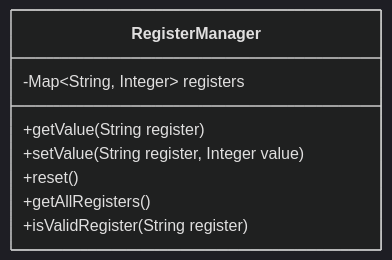
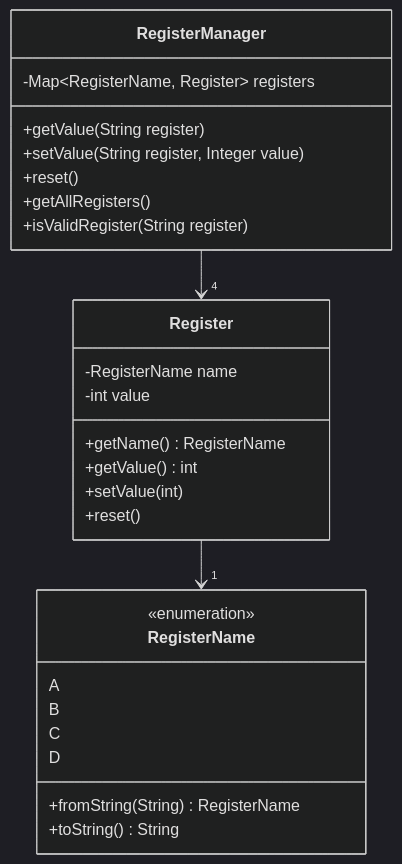
One commit to vinaysingri/opcode-ai changed the fourth of 8 diagrams in memory-bank/systemPatterns.md. Above: the diagram before and after it, drawn with Mermaid (dark theme). The commit also changed other lines of this file and 2 other files, not shown here.

````diff
--- a/memory-bank/systemPatterns.md
+++ b/memory-bank/systemPatterns.md
@@ -106,11 +106,33 @@
 ```mermaid
 classDiagram
+    class RegisterName {
+        <<enumeration>>
+        A
+        B
+        C
+        D
+        +fromString(String) RegisterName
+        +toString() String
+    }
+
+    class Register {
+        -RegisterName name
+        -int value
+        +getName() RegisterName
+        +getValue() int
+        +setValue(int)
+        +reset()
+    }
+
     class RegisterManager {
-        -Map~String, Integer~ registers
+        -Map~RegisterName, Register~ registers
         +getValue(String register)
         +setValue(String register, Integer value)
         +reset()
         +getAllRegisters()
         +isValidRegister(String register)
     }
+
+    RegisterManager --> "4" Register
+    Register --> "1" RegisterName
 ```
````
